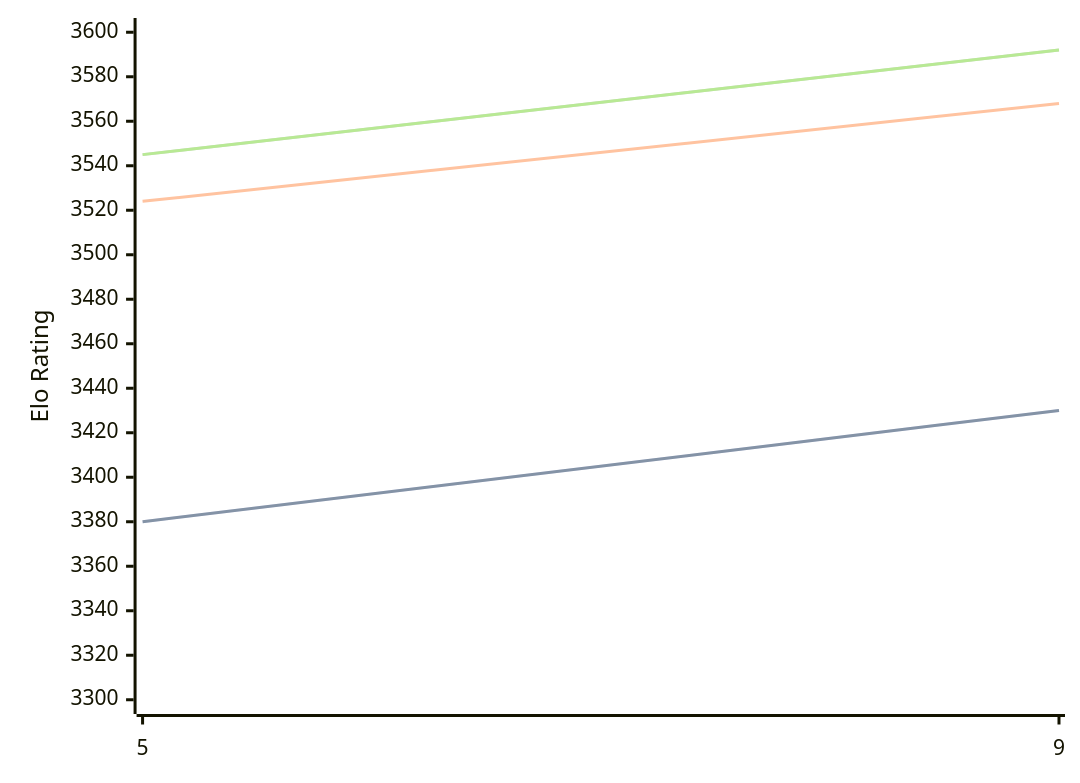
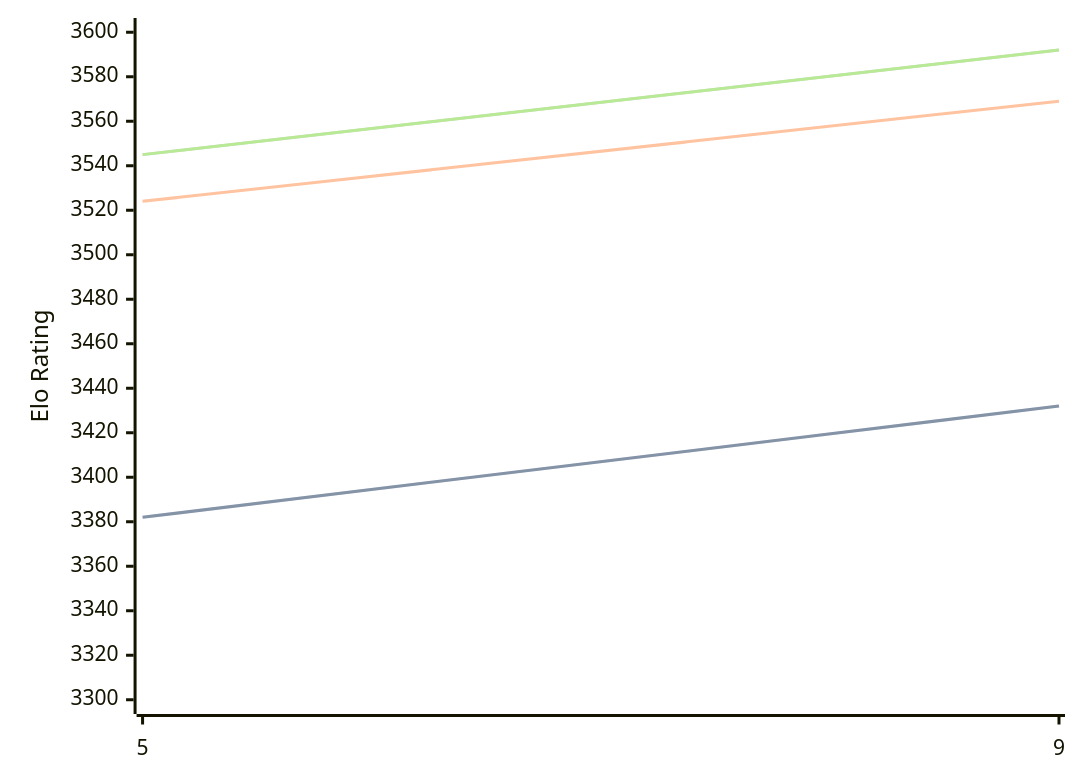
One commit to computer-chess-index/cci changed the diagram in engines/Crystal.md. Above: the diagram before and after it, drawn with Mermaid. The commit also changed other lines of this file, not shown here.

````diff
--- a/engines/Crystal.md
+++ b/engines/Crystal.md
@@ -32,11 +32,11 @@
 ```mermaid
 %%{init: {"theme":"base","themeVariables":{"seriesColors:['#a3a3a3','#222221','#faa371']}}}%%
 xychart-beta
   x-axis ["5", "9"]
   y-axis "Elo Rating" 3300 --> 3600
-  line "" [3380, 3430]
-  line "STC (8.0+0.08s)" [3380, 3430]
-  line "LTC (60.0+0.60s)" [3524, 3568]
+  line "" [3382, 3432]
+  line "STC (8.0+0.08s)" [3382, 3432]
+  line "LTC (60.0+0.60s)" [3524, 3569]
   line "" [3545, 3592]
   line "VLTC (2m24s+1.12s)" [3545, 3592]
 ```
````
